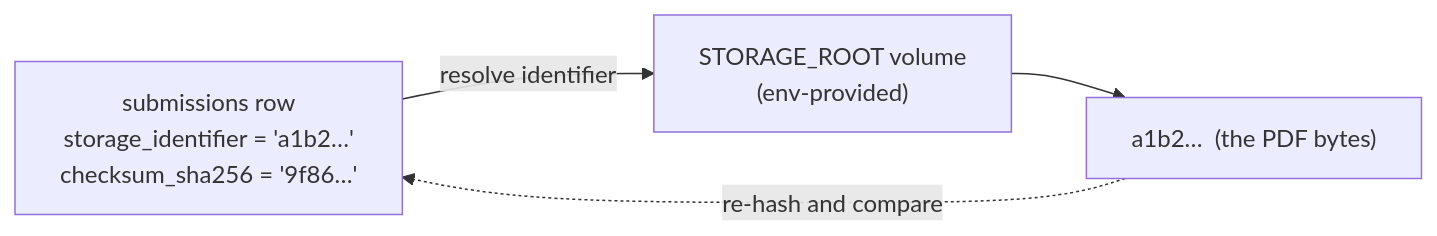
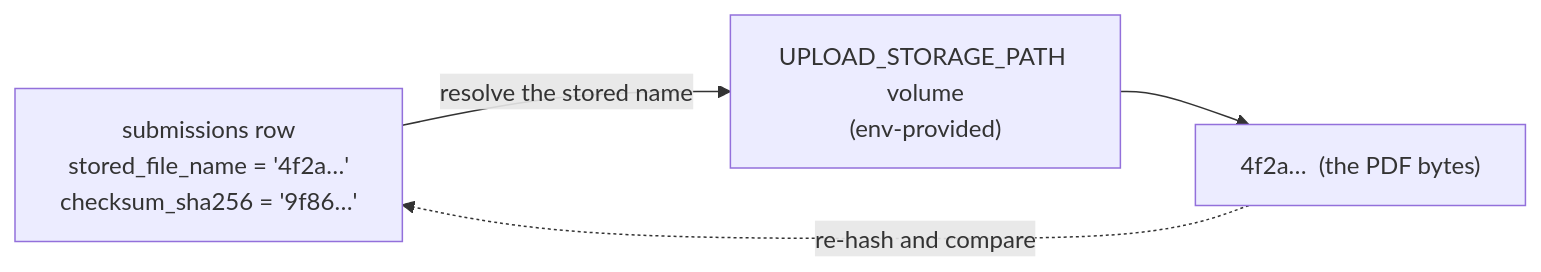
Before and after one commit to Ayush-Gole8/online-assignment-portal: the second of 2 diagrams in docs/architecture/data-model.md, drawn with Mermaid. The commit also changed other lines of this file and 46 other files, not shown here.

````diff
--- a/docs/architecture/data-model.md
+++ b/docs/architecture/data-model.md
@@ -231,10 +317,10 @@
 ```mermaid
 flowchart LR
-    Row["submissions row<br/>storage_identifier = 'a1b2…'<br/>checksum_sha256 = '9f86…'"]
-    Root["STORAGE_ROOT volume<br/>(env-provided)"]
-    File["a1b2… &nbsp;(the PDF bytes)"]
+    Row["submissions row<br/>stored_file_name = '4f2a…'<br/>checksum_sha256 = '9f86…'"]
+    Root["UPLOAD_STORAGE_PATH volume<br/>(env-provided)"]
+    File["4f2a… &nbsp;(the PDF bytes)"]
 
-    Row -->|"resolve identifier"| Root
+    Row -->|"resolve the stored name"| Root
     Root --> File
     File -.->|"re-hash and compare"| Row
 ```
````
